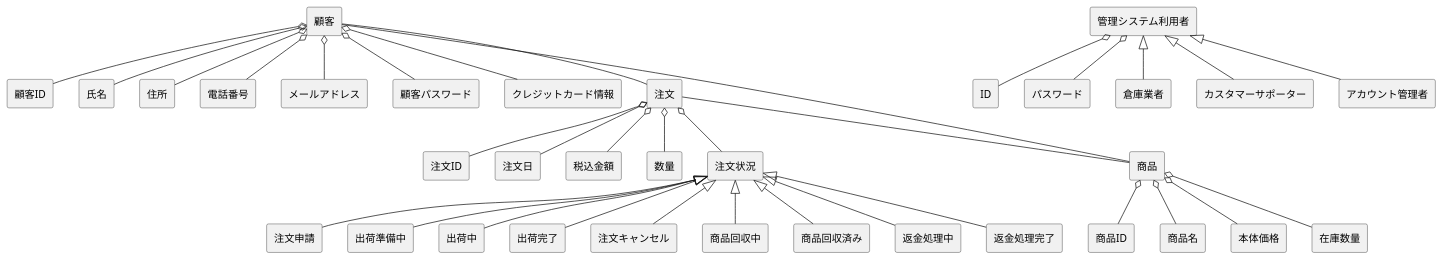
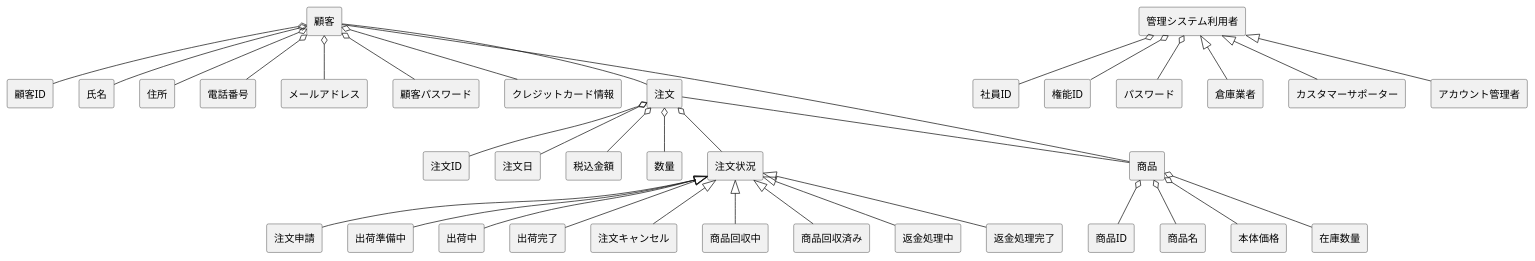
One commit to ko246/ohara_uml changed the diagram in group/3-3_総合演習1_BBショップ注文管理システム/ドメインモデル図/domain.pu. Above: the diagram before and after it, drawn with PlantUML. The commit also changed 2 other files, not shown here.

Commit message:
ドメインモデル図修正、ユースケース図修正

```diff
--- a/group/3-3_総合演習1_BBショップ注文管理システム/ドメインモデル図/domain.pu
+++ b/group/3-3_総合演習1_BBショップ注文管理システム/ドメインモデル図/domain.pu
@@ -1,43 +1,44 @@
 @startuml Robodogドメインモデル図
 skinparam componentStyle rectangle
 
 [顧客] o-- [顧客ID]
 [顧客] o-- [氏名]
 [顧客] o-- [住所]
 [顧客] o-- [電話番号]
 [顧客] o-- [メールアドレス]
 [顧客] o-- [顧客パスワード]
 [顧客] o-- [クレジットカード情報]
 
 [注文] o-- [注文ID]
 [注文] o-- [注文日]
 [注文] o-- [税込金額]
 [注文] o-- [数量]
 [注文] o-- [注文状況]
 
 [注文状況] <|-- [注文申請]
 [注文状況] <|-- [出荷準備中]
 [注文状況] <|-- [出荷中]
 [注文状況] <|-- [出荷完了]
 [注文状況] <|-- [注文キャンセル]
 [注文状況] <|-- [商品回収中]
 [注文状況] <|-- [商品回収済み]
 [注文状況] <|-- [返金処理中]
 [注文状況] <|-- [返金処理完了]
 
 [商品] o-- [商品ID]
 [商品] o-- [商品名]
 [商品] o-- [本体価格]
 [商品] o-- [在庫数量]
 
 [商品] -- [顧客]
 [注文] -- [商品]
 [顧客] -- [注文]
 
-[管理システム利用者] o-- [ID]
+[管理システム利用者] o-- [社員ID]
+[管理システム利用者] o-- [権能ID]
 [管理システム利用者] o-- [パスワード]
 [管理システム利用者] <|-- [倉庫業者]
 [管理システム利用者] <|-- [カスタマーサポーター]
 [管理システム利用者] <|-- [アカウント管理者]
 
 @enduml
```
